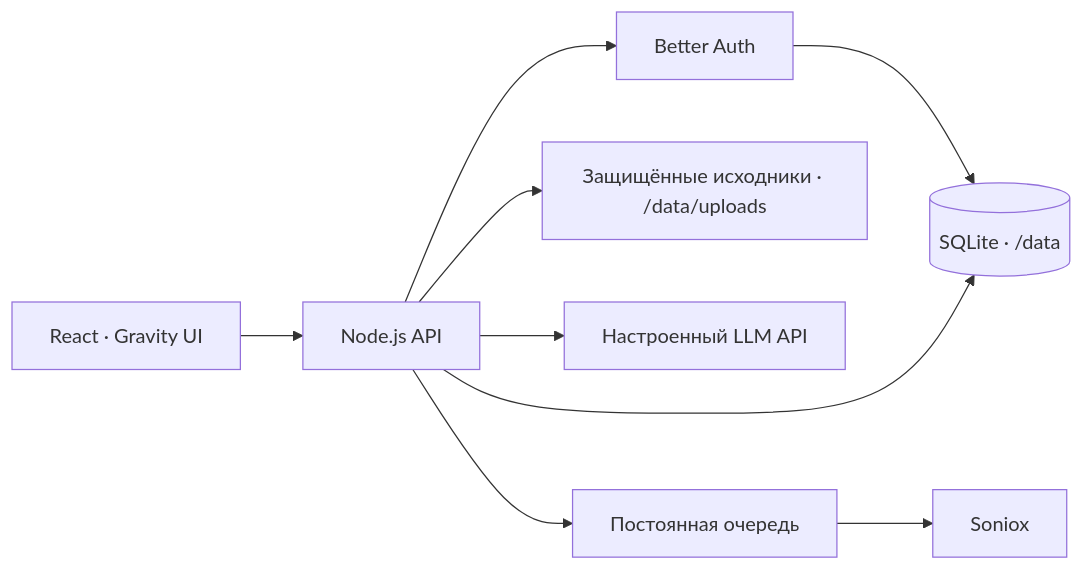
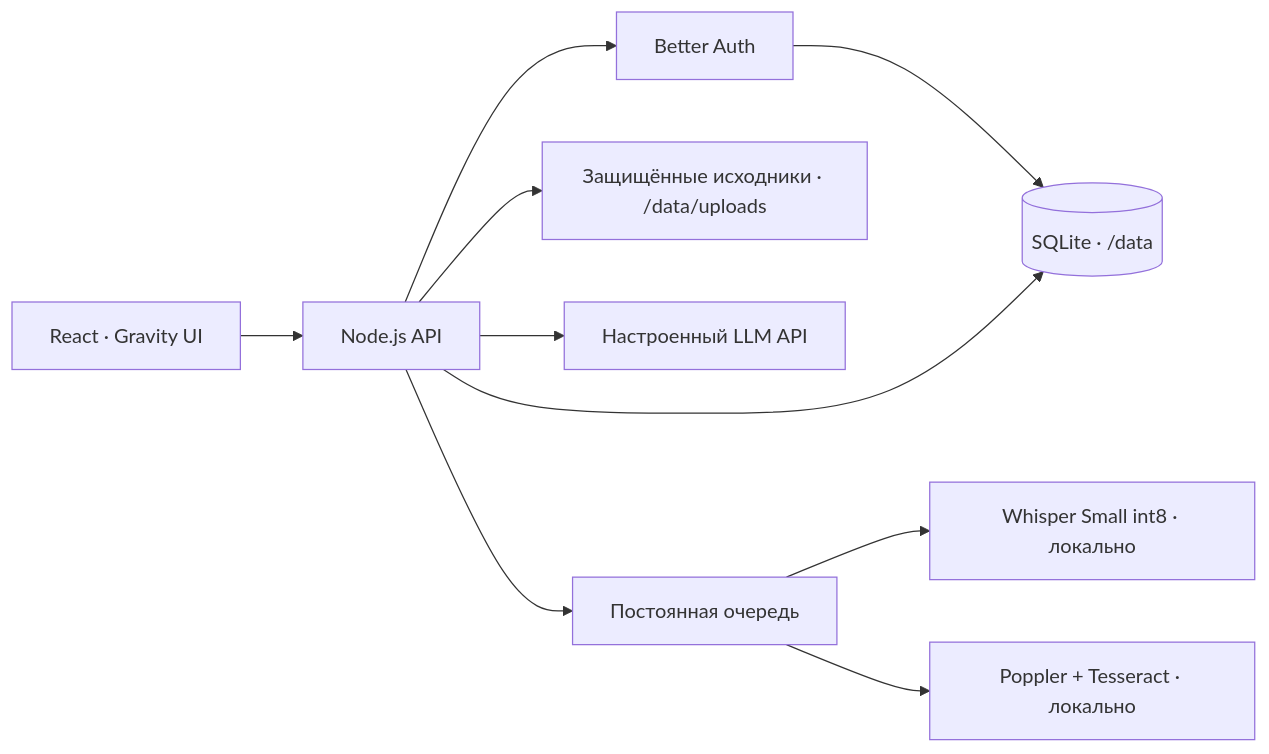
The diagram in docs/ARCHITECTURE.md (Ambidexterius/mnema), drawn with Mermaid before and after one commit. The commit also changed other lines of this file and 3 other files, not shown here.

````diff
--- a/docs/ARCHITECTURE.md
+++ b/docs/ARCHITECTURE.md
@@ -3,11 +3,12 @@
 ```mermaid
 flowchart LR
   UI[React · Gravity UI] --> API[Node.js API]
   API --> Auth[Better Auth]
   Auth --> DB[(SQLite · /data)]
   API --> DB
   API --> Files[Защищённые исходники · /data/uploads]
   API --> LLM[Настроенный LLM API]
   API --> Queue[Постоянная очередь]
-  Queue --> ASR[Soniox]
+  Queue --> ASR[Whisper Small int8 · локально]
+  Queue --> OCR[Poppler + Tesseract · локально]
 ```
````
